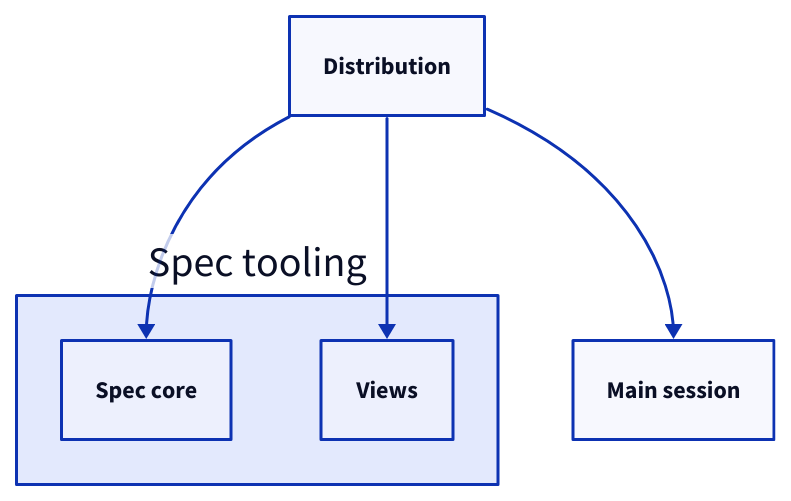
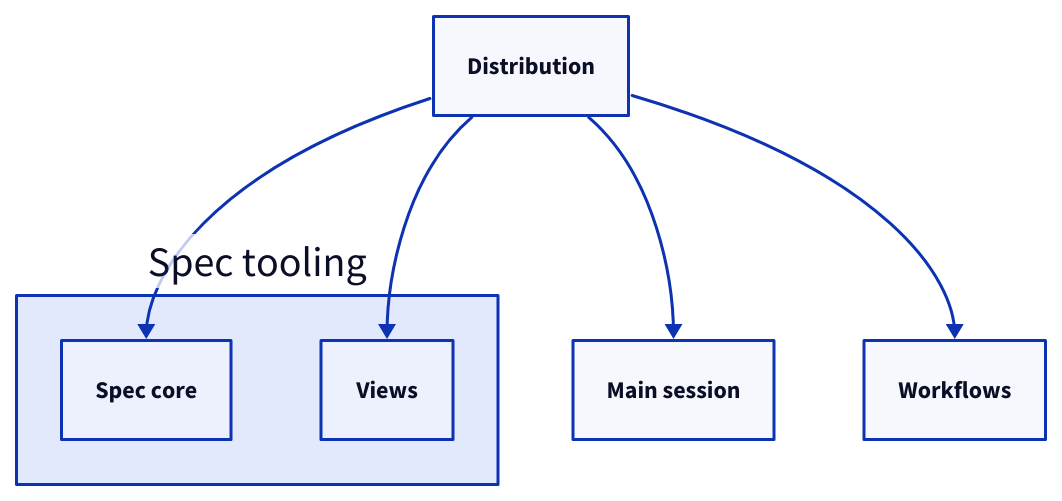
Before and after one commit to FTOD/concorde: the second of 2 diagrams in specs/concorde/distribution/module.md, drawn with D2. The commit also changed other lines of this file and 58 other files, not shown here.

````diff
--- a/specs/concorde/distribution/module.md
+++ b/specs/concorde/distribution/module.md
@@ -190,11 +203,13 @@
 ```d2
 distribution: Distribution
 tooling: Spec tooling {
   spec: Spec core
   views: Views
 }
 mainsession: Main session
+workflows: Workflows
 distribution -> tooling.spec
 distribution -> tooling.views
 distribution -> mainsession
+distribution -> workflows
 ```
````
